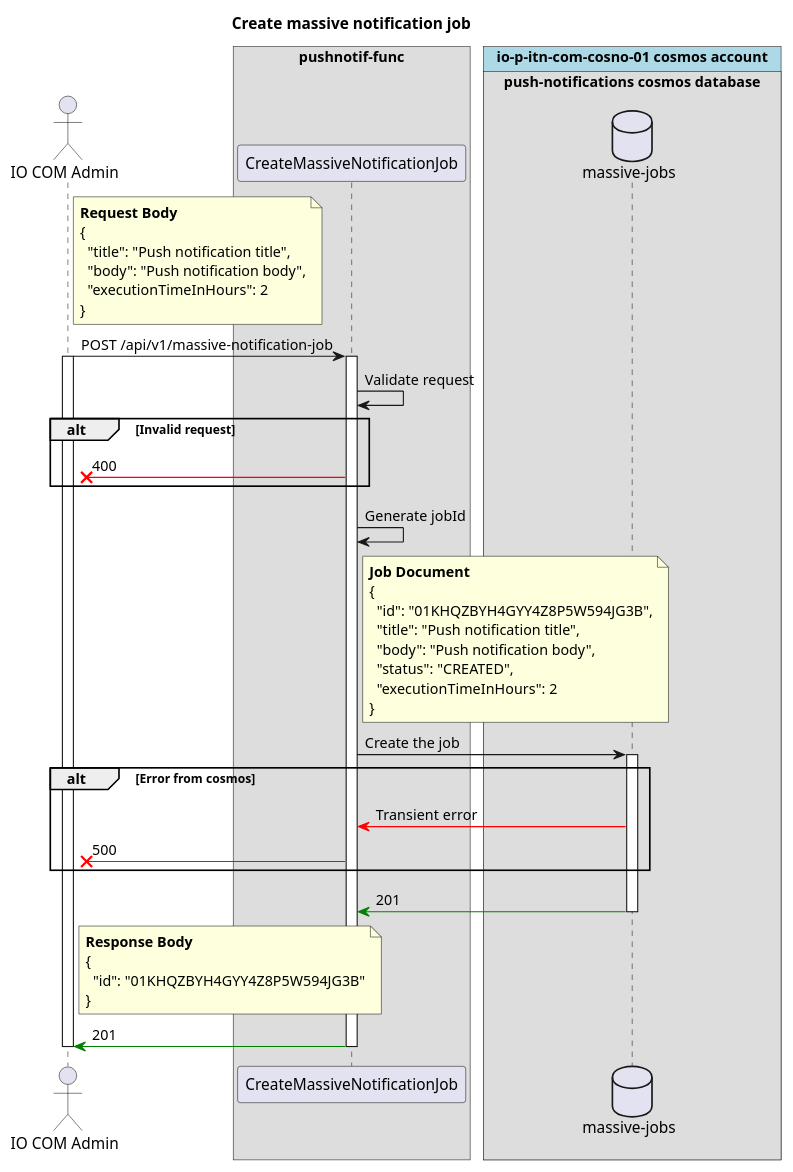
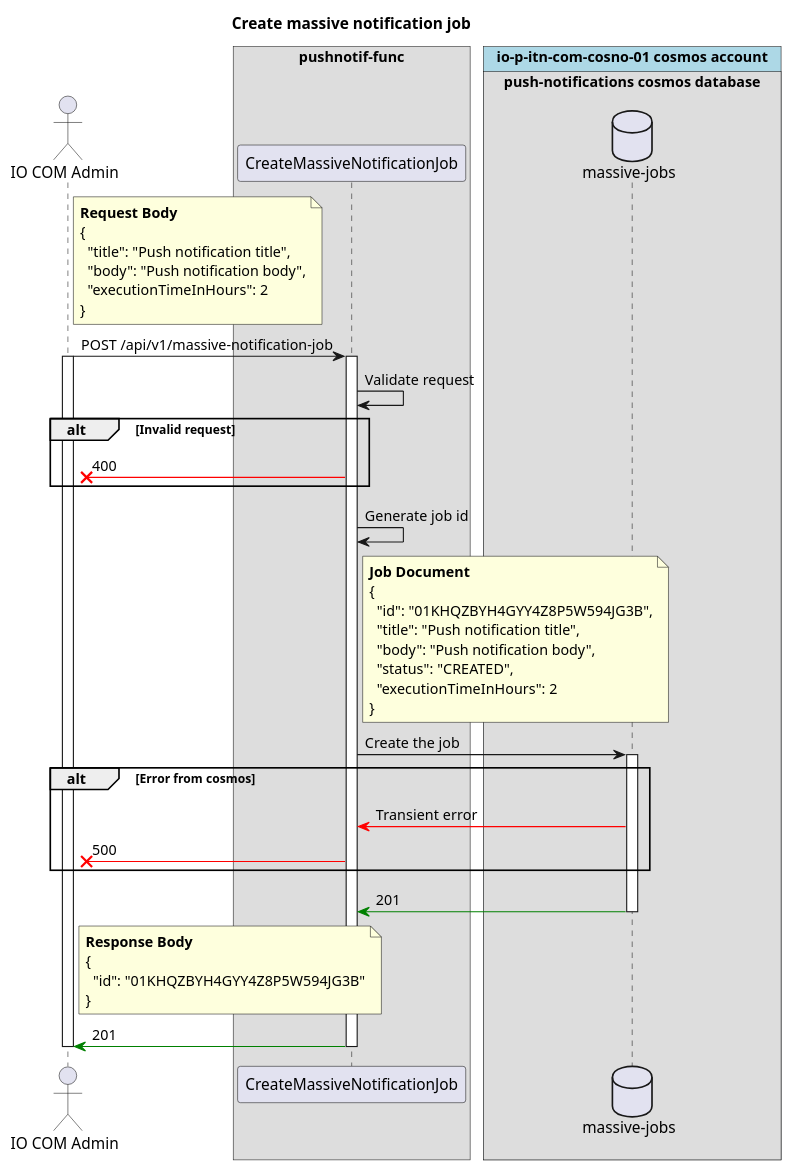
The diagram in apps/pushnotif-func/docs/puml/create-massive-job.puml (pagopa/io-messages), drawn with PlantUML before and after one commit. The commit also changed 8 other files, not shown here.

Commit message:
Streamline schema names Add comments

```diff
--- a/apps/pushnotif-func/docs/puml/create-massive-job.puml
+++ b/apps/pushnotif-func/docs/puml/create-massive-job.puml
@@ -1,70 +1,70 @@
 @startuml
 
 title "Create massive notification job"
 
 actor "IO COM Admin" as admin
 
 box "pushnotif-func"
   participant "CreateMassiveNotificationJob" as cj
 end box
 
 !pragma teoz true
 box "io-p-itn-com-cosno-01 cosmos account" #LightBlue
   box "push-notifications cosmos database"
     database "massive-jobs" as mnj
   end box
 end box
 
 note right of admin
   **Request Body**
   {
     "title": "Push notification title",
     "body": "Push notification body",
     "executionTimeInHours": 2
   }
 end note
 admin -> cj : POST /api/v1/massive-notification-job
 activate admin
 activate cj
 
 cj -> cj : Validate request
 
 alt Invalid request
   cj -[#red]x admin : 400
 end
 
-cj -> cj : Generate jobId
+cj -> cj : Generate job id
 
 note right of cj
   **Job Document**
   {
     "id": "01KHQZBYH4GYY4Z8P5W594JG3B",
     "title": "Push notification title",
     "body": "Push notification body",
     "status": "CREATED",
     "executionTimeInHours": 2
   }
 end note
 cj -> mnj : Create the job
 activate mnj
 
 alt Error from cosmos
   mnj -[#red]> cj : Transient error
   cj -[#red]x admin : 500
 end
 
 mnj -[#green]> cj : 201
 deactivate mnj
 
 note right of admin
   **Response Body**
   {
     "id": "01KHQZBYH4GYY4Z8P5W594JG3B"
   }
 end note
 cj -[#green]> admin : 201
 
 deactivate cj
 deactivate admin
 
 @enduml
```
